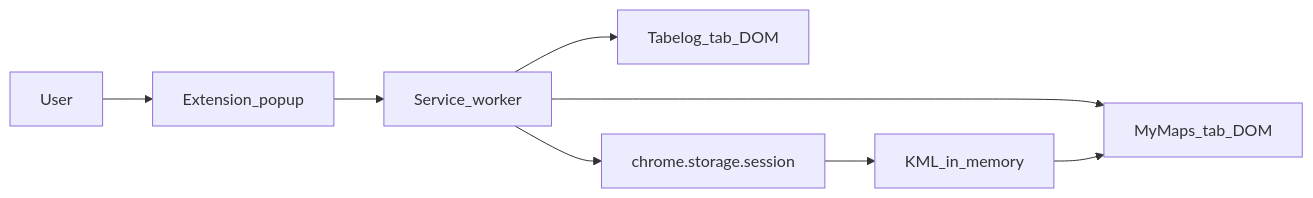
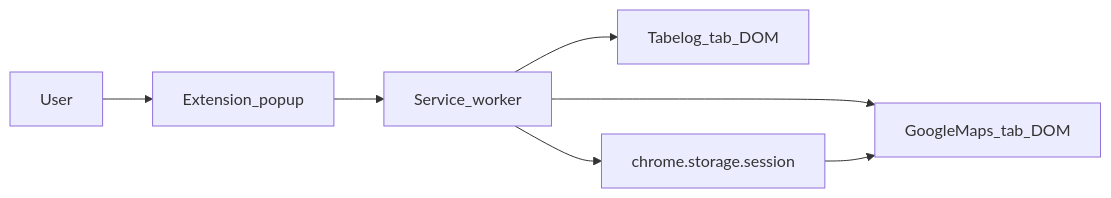
One commit to photom/import2gmap changed the diagram in docs/explanation/security-privacy-model.md. Above: the diagram before and after it, drawn with Mermaid. The commit also changed other lines of this file and 62 other files, not shown here.

````diff
--- a/docs/explanation/security-privacy-model.md
+++ b/docs/explanation/security-privacy-model.md
@@ -21,10 +19,9 @@
 ```mermaid
 flowchart LR
   user[User] --> popup[Extension_popup]
   popup --> worker[Service_worker]
   worker --> tabelogTab[Tabelog_tab_DOM]
   worker --> session[chrome.storage.session]
-  worker --> mapsTab[MyMaps_tab_DOM]
-  session --> kml[KML_in_memory]
-  kml --> mapsTab
+  worker --> mapsTab[GoogleMaps_tab_DOM]
+  session --> mapsTab
 ```
````
